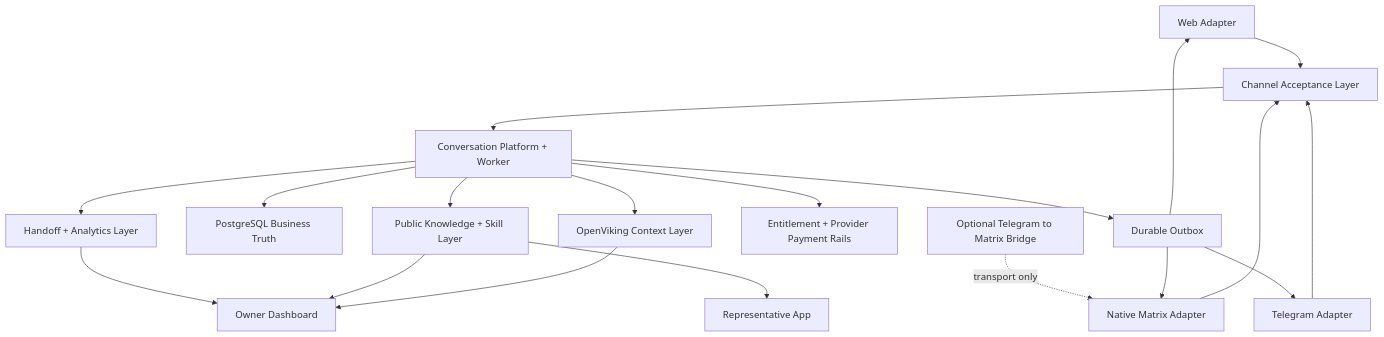
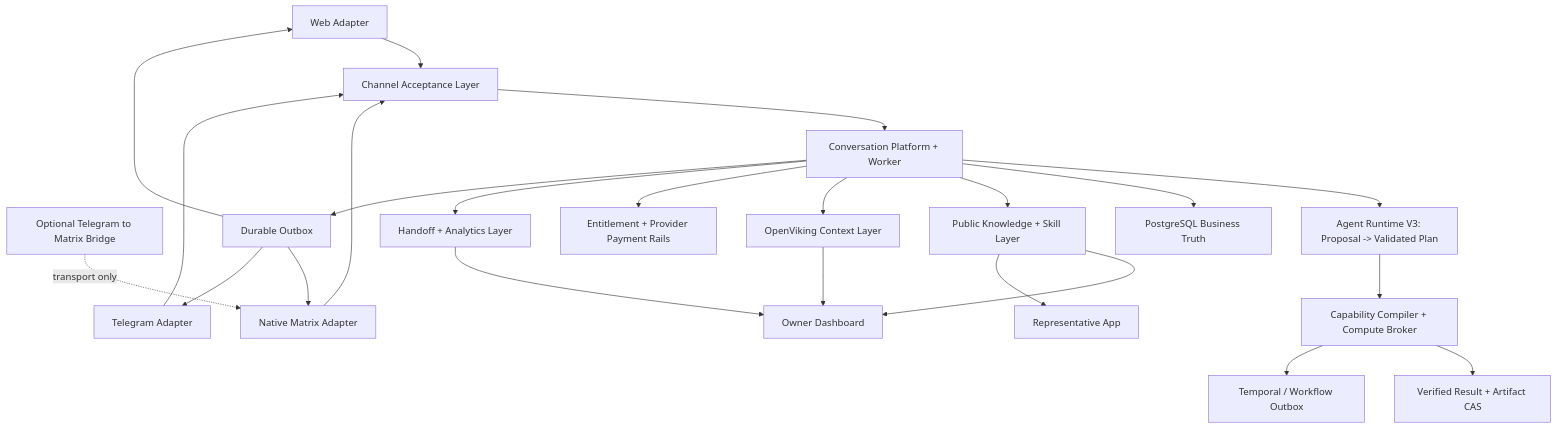
Before and after one commit to BIFNC-TEAM/Delegate: the diagram in docs/architecture.md, drawn with Mermaid. The commit also changed other lines of this file and 252 other files, not shown here.

First line of the commit message:
feat(agent): ship governed TurnPlan V3 runtime

````diff
--- a/docs/architecture.md
+++ b/docs/architecture.md
@@ -47,21 +47,25 @@
 ```mermaid
 flowchart TD
     WEB["Web Adapter"] --> IN["Channel Acceptance Layer"]
     MX["Native Matrix Adapter"] --> IN
     TG["Telegram Adapter"] --> IN
     BR["Optional Telegram to Matrix Bridge"] -. "transport only" .-> MX
     IN --> RT["Conversation Platform + Worker"]
+    RT --> PLAN["Agent Runtime V3: Proposal -> Validated Plan"]
+    PLAN --> BROKER["Capability Compiler + Compute Broker"]
+    BROKER --> ART["Verified Result + Artifact CAS"]
+    BROKER --> WF["Temporal / Workflow Outbox"]
     RT --> DB["PostgreSQL Business Truth"]
     RT --> KG["Public Knowledge + Skill Layer"]
     RT --> MEM["OpenViking Context Layer"]
     RT --> BILL["Entitlement + Provider Payment Rails"]
     RT --> HAND["Handoff + Analytics Layer"]
     RT --> OUT["Durable Outbox"]
     OUT --> WEB
     OUT --> MX
     OUT --> TG
     HAND --> DASH["Owner Dashboard"]
     KG --> DASH
     MEM --> DASH
     KG --> REPS["Representative App"]
 ```
````
